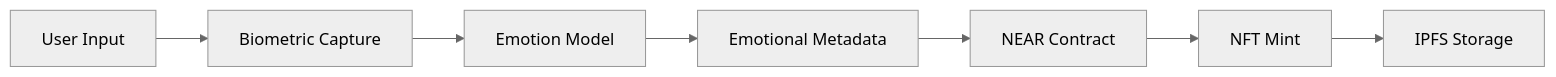
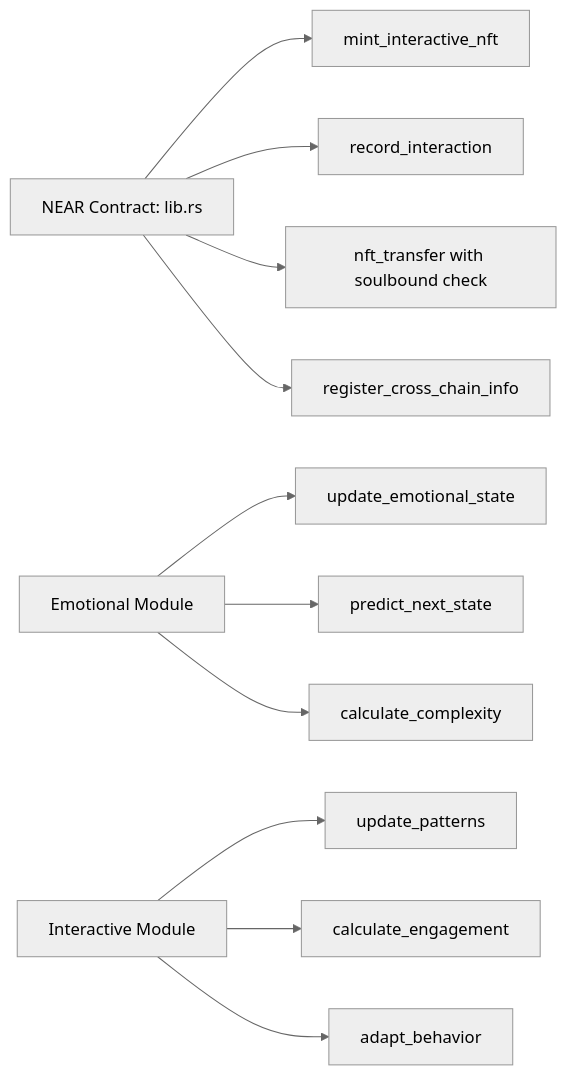
One commit to compiling-org/near-creative-engine changed the second of 3 diagrams in README.md. Above: the diagram before and after it, drawn with Mermaid (neutral theme). The commit also changed other lines of this file, not shown here.

Commit message:
docs: update NEAR README from NEAR_SPECIFIC_README

````diff
--- a/README.md
+++ b/README.md
@@ -103,9 +45,15 @@
 ```mermaid
 graph LR
-    U[User Input] --> BIOMETRIC[Biometric Capture]
-    BIOMETRIC --> AI[Emotion Model]
-    AI --> META[Emotional Metadata]
-    META --> CONTRACT[NEAR Contract]
-    CONTRACT --> NFT[NFT Mint]
-    NFT --> IPFS[IPFS Storage]
+    A[NEAR Contract: lib.rs] --> B[mint_interactive_nft]
+    A --> C[record_interaction]
+    A --> D[nft_transfer with soulbound check]
+    A --> E[register_cross_chain_info]
+    
+    F[Emotional Module] --> G[update_emotional_state]
+    F --> H[predict_next_state]
+    F --> I[calculate_complexity]
+    
+    J[Interactive Module] --> K[update_patterns]
+    J --> L[calculate_engagement]
+    J --> M[adapt_behavior]
 ```
````
